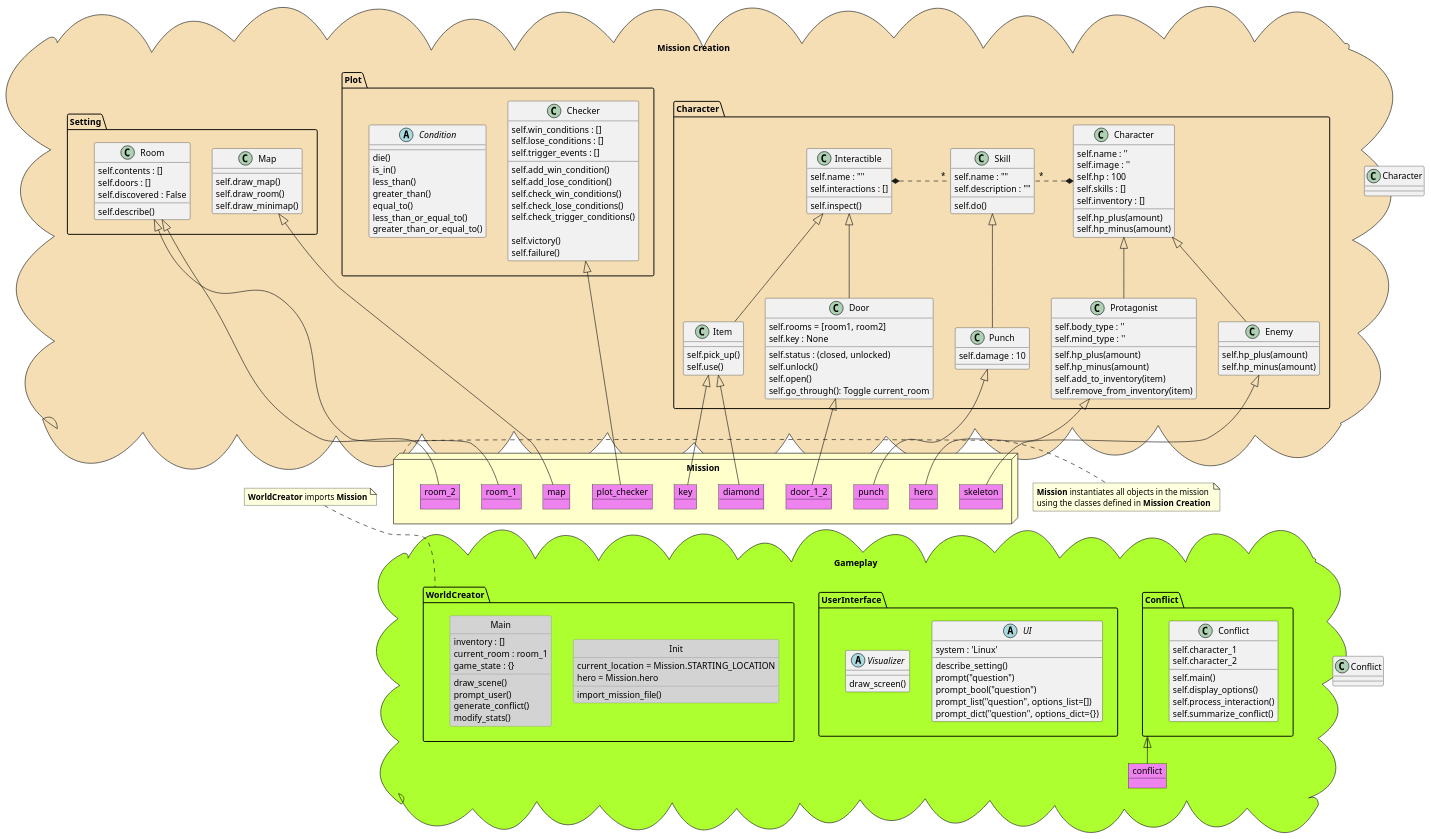
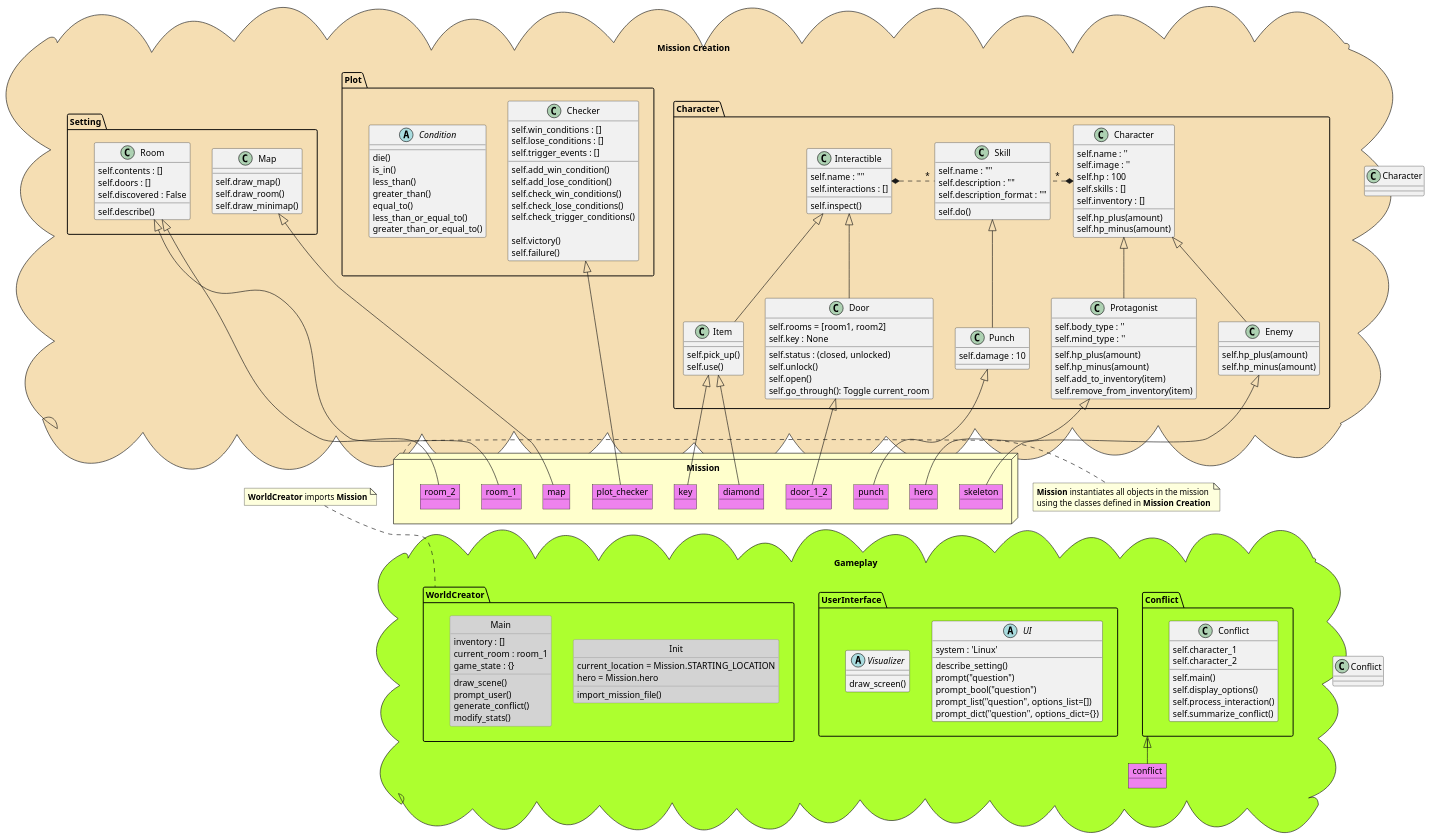
Before and after one commit to kiew-ay/Adventure: the diagram in doc/packages.puml, drawn with PlantUML.

```diff
--- a/doc/packages.puml
+++ b/doc/packages.puml
@@ -50,6 +50,7 @@
         class Skill {
             self.name : ""
             self.description : ""
+            self.description_format : ""
             self.do()
         }
         class Punch {
```
